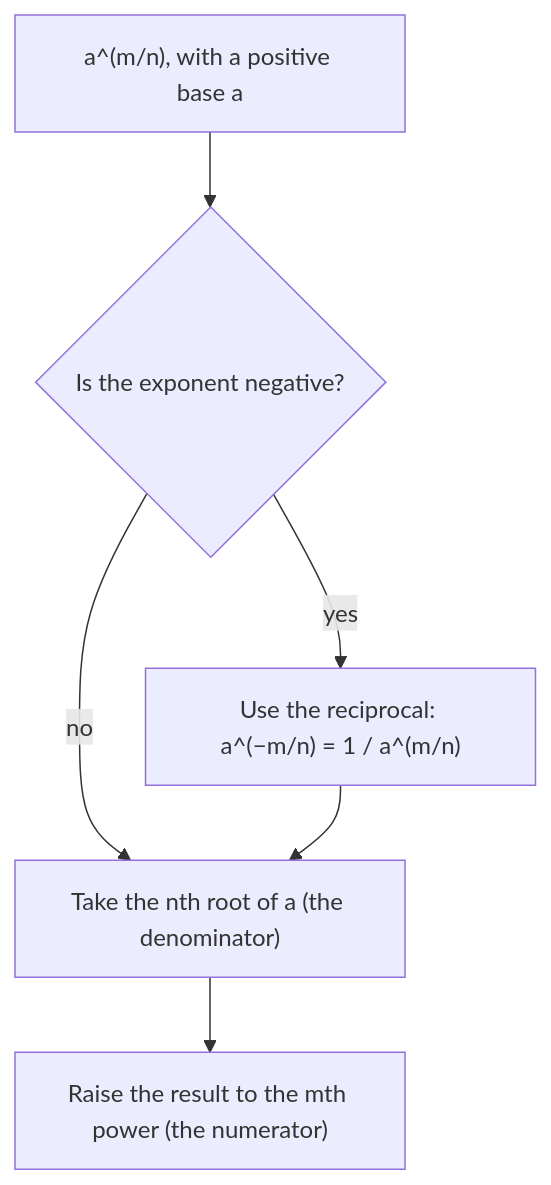
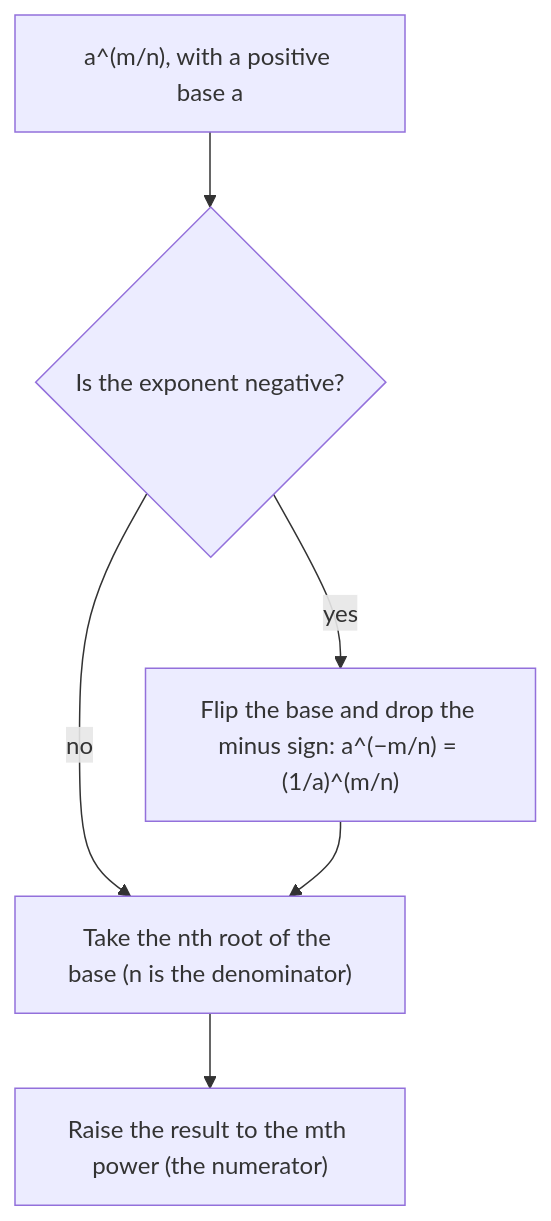
One commit to Aziliz/erudior changed the diagram in content/math/algebra1/lessons/32h2-rational-exponents.md. Above: the diagram before and after it, drawn with Mermaid. The commit also changed 9 other files, not shown here.

````diff
--- a/content/math/algebra1/lessons/32h2-rational-exponents.md
+++ b/content/math/algebra1/lessons/32h2-rational-exponents.md
@@ -34,10 +34,10 @@
 ```mermaid
 flowchart TD
   accTitle: Evaluating a power with a rational exponent
-  accDescr: To evaluate a positive base a raised to m over n, first check whether the exponent is negative; if it is, use the reciprocal of the base and make the exponent positive. Then take the nth root of the base, the denominator tells which root. Then raise the result to the mth power, the numerator. Taking the root first keeps the numbers small.
+  accDescr: To evaluate a positive base a raised to m over n, first check whether the exponent is negative; if it is, replace the base by its reciprocal and make the exponent positive. Then take the nth root of the base; the denominator n tells which root. Then raise the result to the mth power, the numerator. Taking the root first keeps the numbers small.
   A["a^(m/n), with a positive base a"] --> B{"Is the exponent negative?"}
-  B -- "yes" --> C["Use the reciprocal: a^(−m/n) = 1 / a^(m/n)"]
-  B -- "no" --> D["Take the nth root of a (the denominator)"]
+  B -- "yes" --> C["Flip the base and drop the minus sign: a^(−m/n) = (1/a)^(m/n)"]
+  B -- "no" --> D["Take the nth root of the base (n is the denominator)"]
   C --> D
   D --> E["Raise the result to the mth power (the numerator)"]
 ```
````
